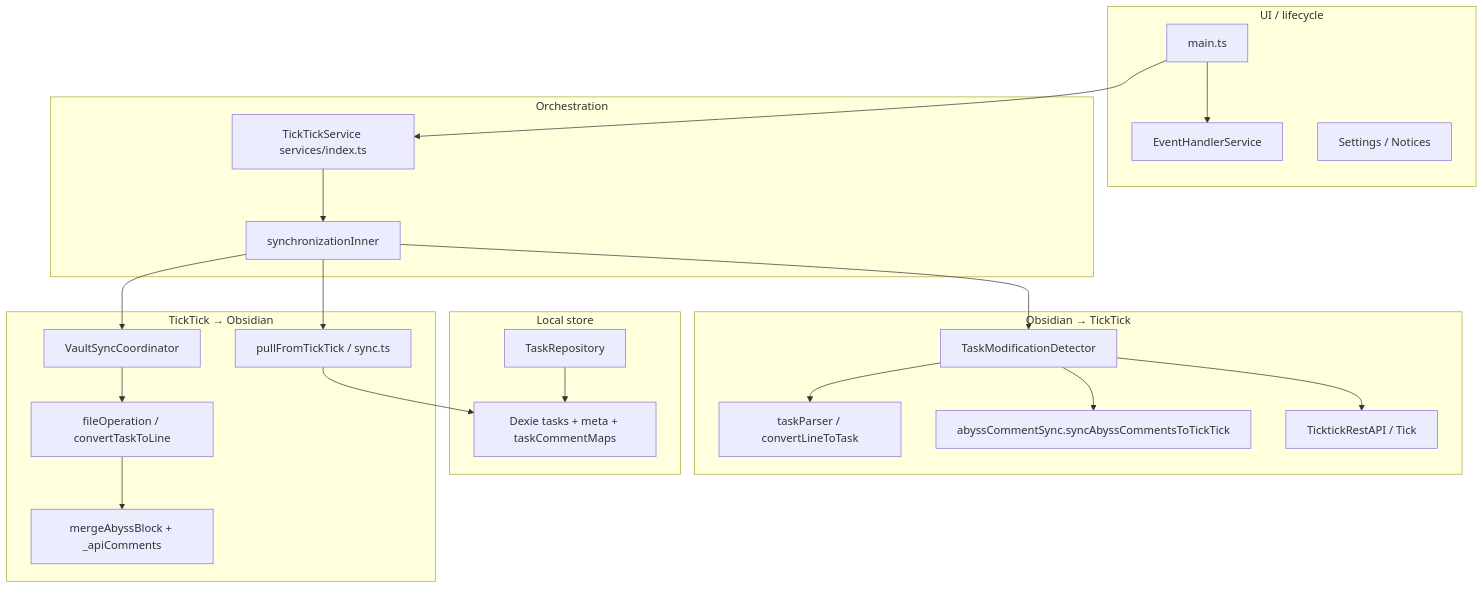
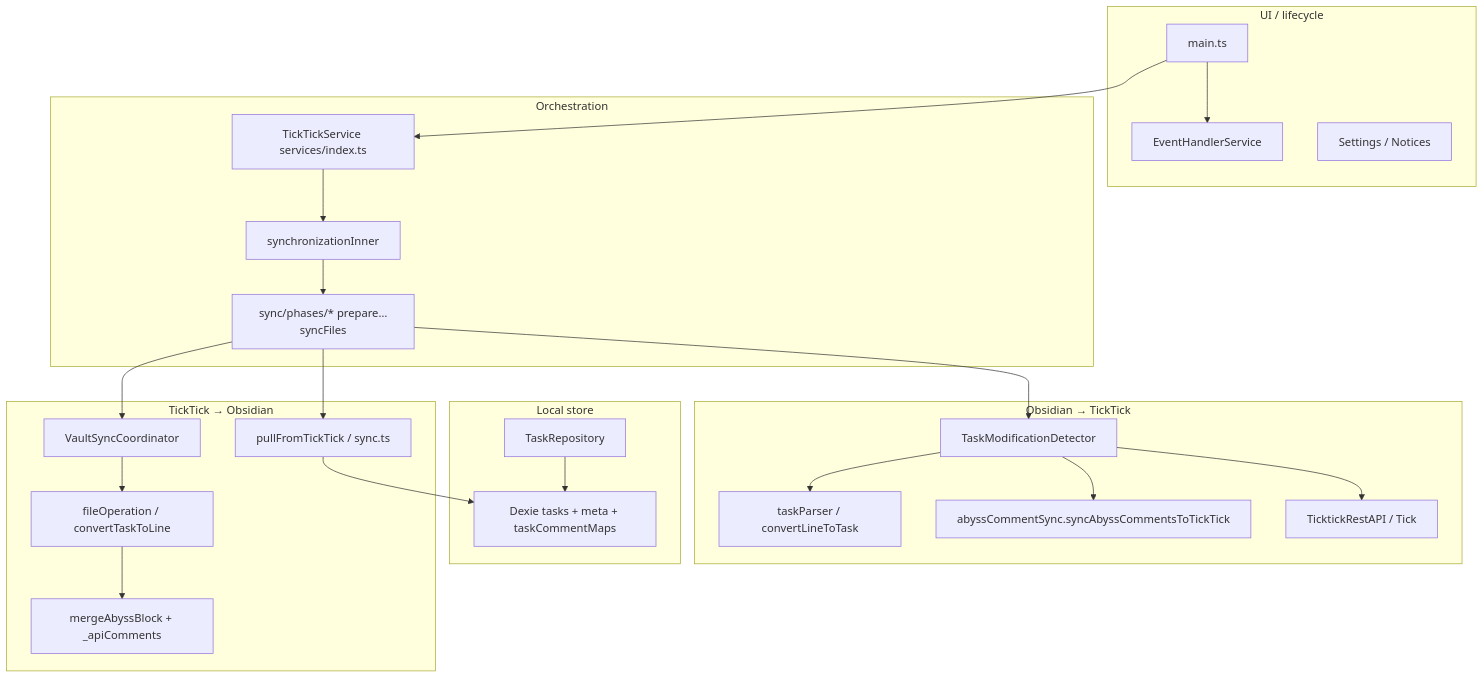
One commit to semyon-alekseev-noveo/tt-sync changed the first of 3 diagrams in docs/ANALYST_REFERENCE_DIAGRAMS.md. Above: the diagram before and after it, drawn with Mermaid. The commit also changed other lines of this file and 20 other files, not shown here.

First line of the commit message:
Extract synchronizationInner phases into sync/phases modules.

````diff
--- a/docs/ANALYST_REFERENCE_DIAGRAMS.md
+++ b/docs/ANALYST_REFERENCE_DIAGRAMS.md
@@ -9,41 +9,43 @@
 ```mermaid
 flowchart TB
   subgraph UI["UI / lifecycle"]
     MAIN[main.ts]
     EVT[EventHandlerService]
     SET[Settings / Notices]
   end
   subgraph Orchestration["Orchestration"]
     SVC[TickTickService services/index.ts]
     SYNC[synchronizationInner]
+    PHASES[sync/phases/* prepare…syncFiles]
   end
   subgraph Push["Obsidian → TickTick"]
     TMD[TaskModificationDetector]
     TP[taskParser / convertLineToTask]
     ABYSS_PUSH[abyssCommentSync.syncAbyssCommentsToTickTick]
     API[TicktickRestAPI / Tick]
   end
   subgraph Store["Local store"]
     DEX[Dexie tasks + meta + taskCommentMaps]
     REPO[TaskRepository]
   end
   subgraph Pull["TickTick → Obsidian"]
     PULL[pullFromTickTick / sync.ts]
     VSC[VaultSyncCoordinator]
     FO[fileOperation / convertTaskToLine]
     ABYSS_PULL[mergeAbyssBlock + _apiComments]
   end
   MAIN --> EVT
   MAIN --> SVC
   SVC --> SYNC
-  SYNC --> TMD
-  SYNC --> PULL
-  SYNC --> VSC
+  SYNC --> PHASES
+  PHASES --> TMD
+  PHASES --> PULL
+  PHASES --> VSC
   TMD --> TP
   TMD --> ABYSS_PUSH
   TMD --> API
   PULL --> DEX
   VSC --> FO
   FO --> ABYSS_PULL
   REPO --> DEX
 ```
````
